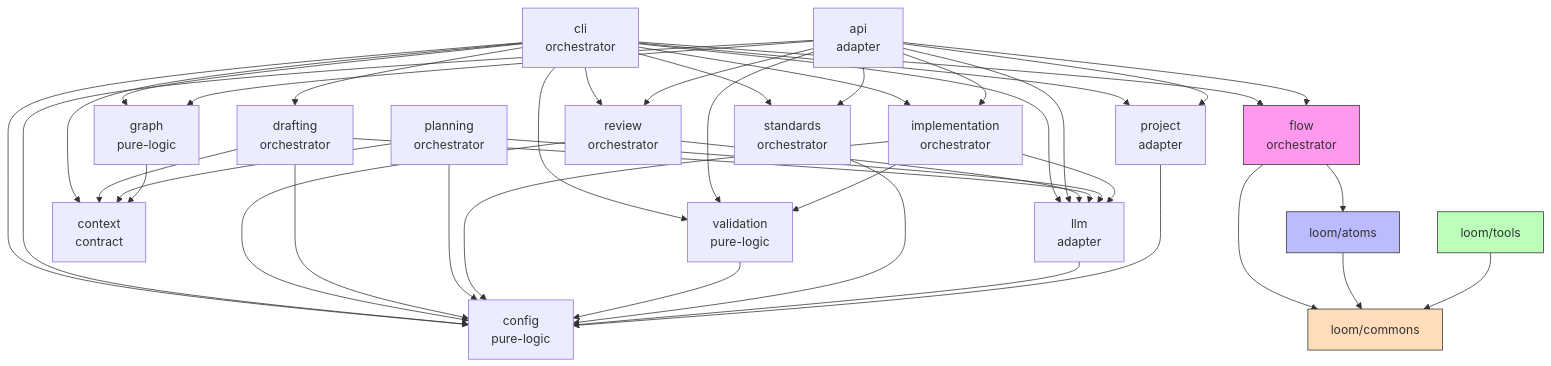
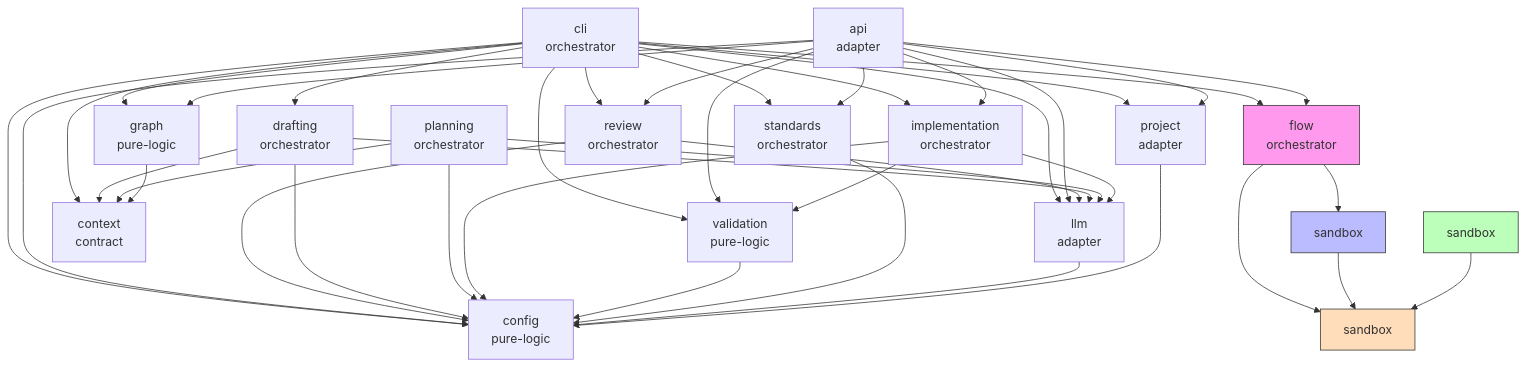
Before and after one commit to sbula/specweaver: the diagram in docs/architecture/architecture_reference.md, drawn with Mermaid. The commit also changed other lines of this file and 24 other files, not shown here.

````diff
--- a/docs/architecture/architecture_reference.md
+++ b/docs/architecture/architecture_reference.md
@@ -222,52 +222,52 @@
 ```mermaid
 graph TD
     CLI[cli<br/>orchestrator] --> Config[config<br/>pure-logic]
     CLI --> Validation[validation<br/>pure-logic]
     CLI --> Review[review<br/>orchestrator]
     CLI --> Drafting[drafting<br/>orchestrator]
     CLI --> Implementation[implementation<br/>orchestrator]
     CLI --> Flow[flow<br/>orchestrator]
     CLI --> Graph[graph<br/>pure-logic]
     CLI --> LLM[llm<br/>adapter]
     CLI --> Project[project<br/>adapter]
     CLI --> Standards[standards<br/>orchestrator]
     CLI --> Context[context<br/>contract]
 
     API[api<br/>adapter] --> Config
     API --> Validation
     API --> Review
     API --> Implementation
     API --> Flow
     API --> Graph
     API --> LLM
     API --> Project
     API --> Standards
 
-    Flow --> LoomAtoms[loom/atoms]
-    Flow --> LoomCommons[loom/commons]
+    Flow --> LoomAtoms[sandbox]
+    Flow --> LoomCommons[sandbox]
 
     Review --> LLM
     Review --> Config
     Drafting --> LLM
     Drafting --> Config
     Drafting --> Context
     Planning[planning<br/>orchestrator] --> LLM
     Planning --> Config
     Planning --> Context
     Implementation --> LLM
     Implementation --> Config
     Implementation --> Validation
     Graph --> Context
     Validation --> Config
     Standards --> Config
     LLM --> Config
     Project --> Config
 
     LoomAtoms --> LoomCommons
-    LoomTools[loom/tools] --> LoomCommons
+    LoomTools[sandbox] --> LoomCommons
 
     style Flow fill:#f9e,stroke:#333
     style LoomAtoms fill:#bbf,stroke:#333
     style LoomTools fill:#bfb,stroke:#333
     style LoomCommons fill:#fdb,stroke:#333
 ```
````
